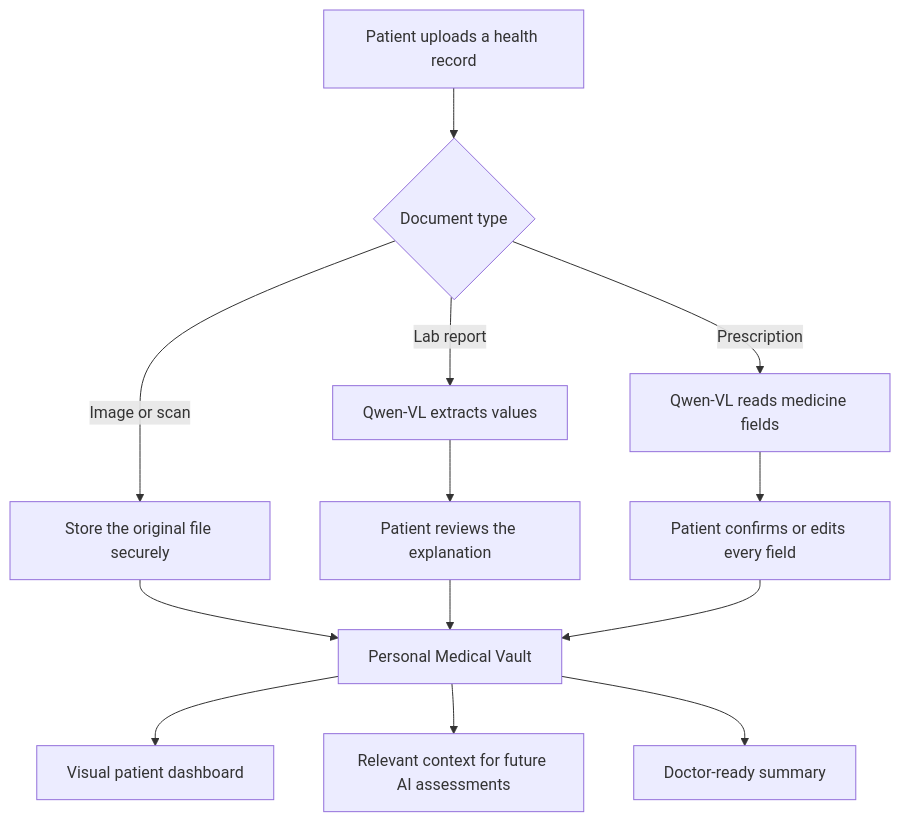
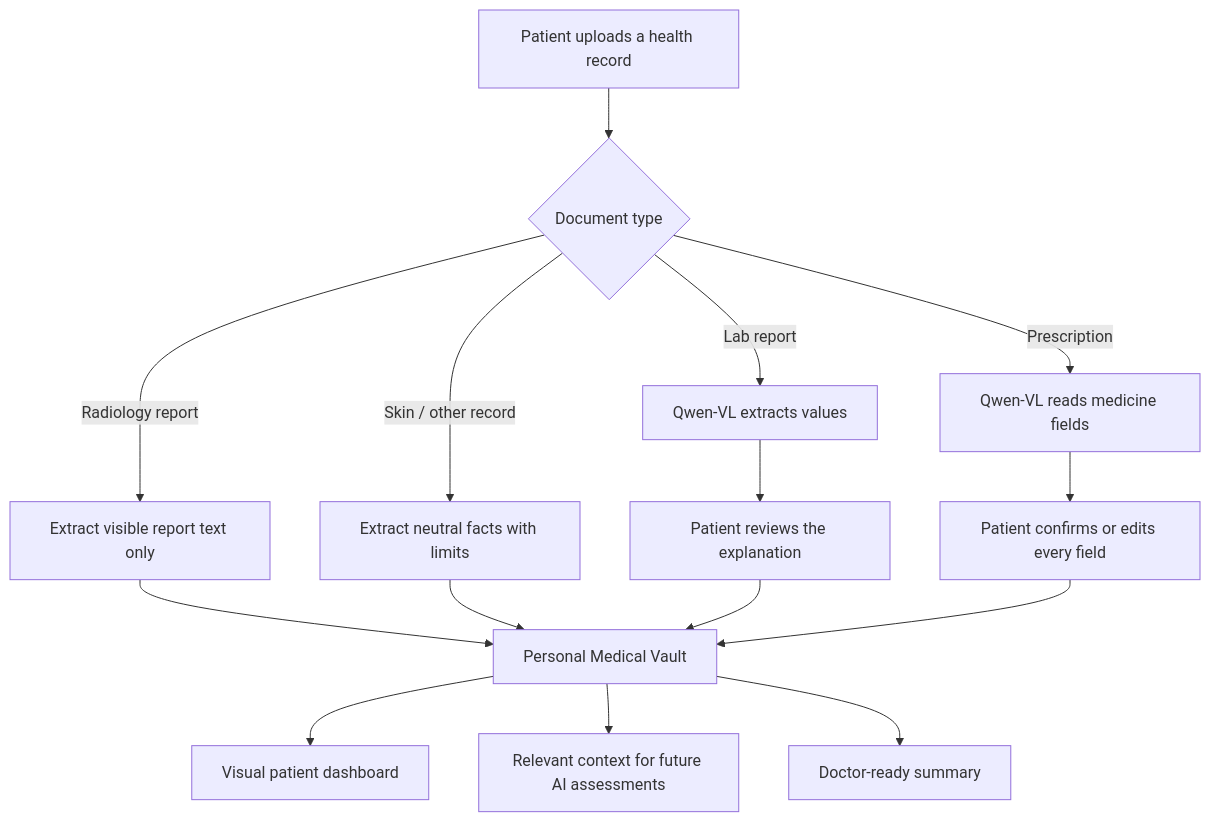
The fourth of 6 diagrams in README.md (Kheem-Dh/Nabz---AI-Hackathon-Alibaba), drawn with Mermaid before and after one commit. The commit also changed other lines of this file and 14 other files, not shown here.

````diff
--- a/README.md
+++ b/README.md
@@ -136,15 +136,17 @@
 ```mermaid
 flowchart TD
     A[Patient uploads a health record] --> B{Document type}
     B -->|Lab report| C[Qwen-VL extracts values]
     B -->|Prescription| D[Qwen-VL reads medicine fields]
-    B -->|Image or scan| E[Store the original file securely]
-    C --> F[Patient reviews the explanation]
+    B -->|Radiology report| E[Extract visible report text only]
+    B -->|Skin / other record| F[Extract neutral facts with limits]
+    C --> L[Patient reviews the explanation]
     D --> G[Patient confirms or edits every field]
     E --> H[Personal Medical Vault]
     F --> H
+    L --> H
     G --> H
     H --> I[Visual patient dashboard]
     H --> J[Relevant context for future AI assessments]
     H --> K[Doctor-ready summary]
 ```
````
